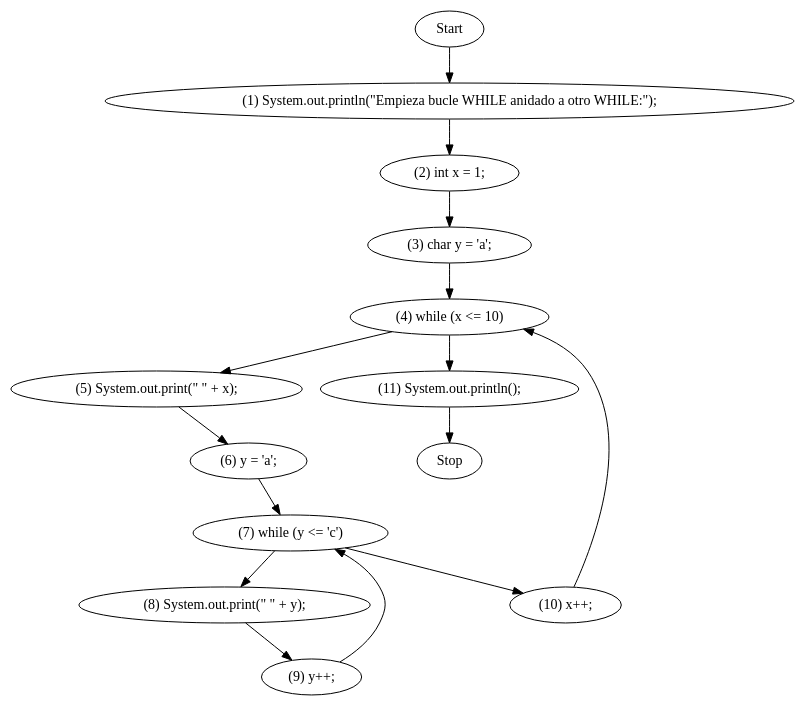
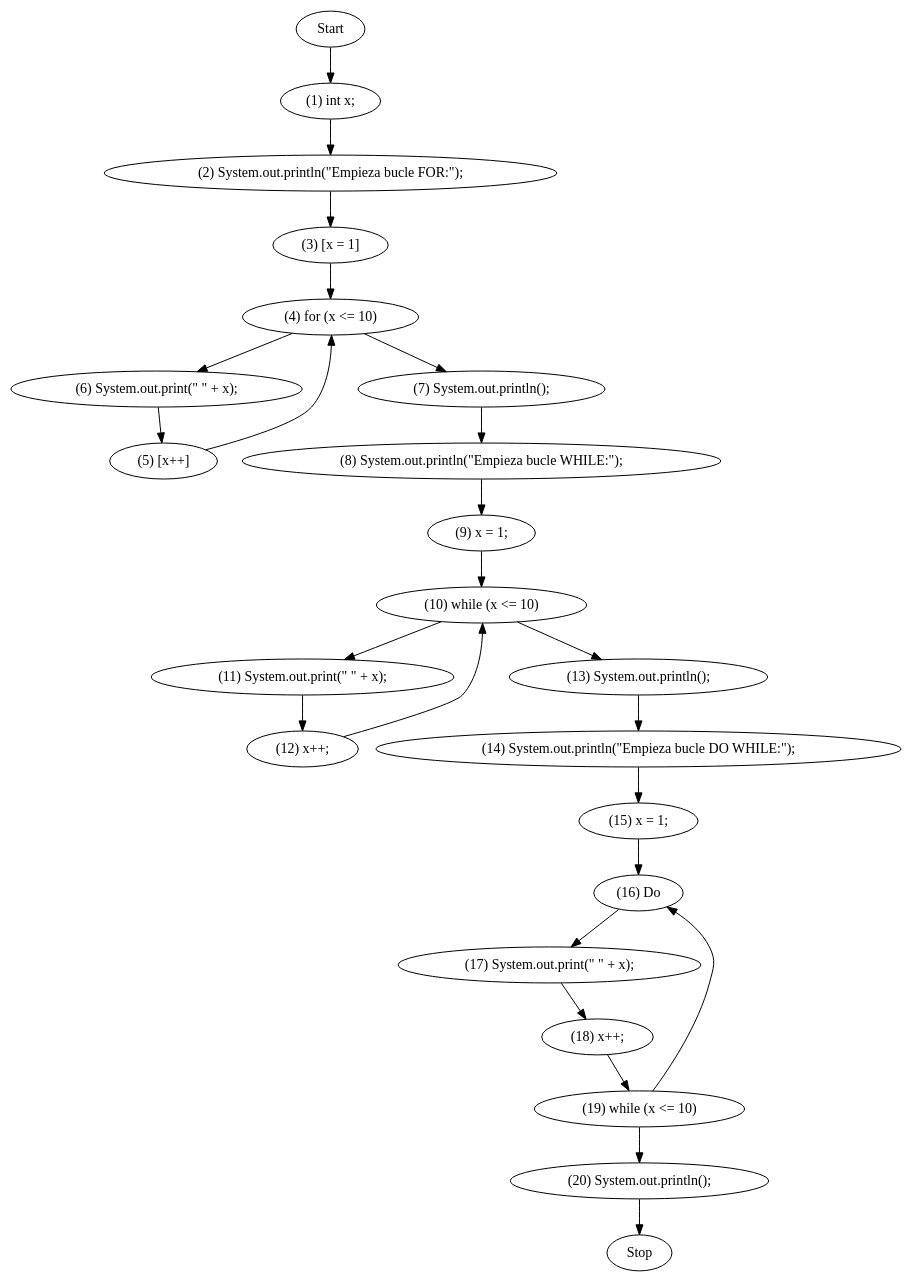
The diagram in dotsource.dot (darshok/ltd_project_2), drawn with Graphviz before and after one commit. The commit also changed 17 other files, not shown here.

```diff
--- a/dotsource.dot
+++ b/dotsource.dot
@@ -1,2 +1,2 @@
 digraph G {
-Start->"(1) System.out.println(\"Empieza bucle WHILE anidado a otro WHILE:\");";"(1) System.out.println(\"Empieza bucle WHILE anidado a otro WHILE:\");"->"(2) int x = 1;";"(2) int x = 1;"->"(3) char y = 'a';";"(3) char y = 'a';"->"(4) while (x <= 10)";"(4) while (x <= 10)"->"(5) System.out.print(\" \" + x);";"(5) System.out.print(\" \" + x);"->"(6) y = 'a';";"(6) y = 'a';"->"(7) while (y <= 'c')";"(7) while (y <= 'c')"->"(8) System.out.print(\" \" + y);";"(8) System.out.print(\" \" + y);"->"(9) y++;";"(9) y++;"->"(7) while (y <= 'c')";"(7) while (y <= 'c')"->"(10) x++;";"(10) x++;"->"(4) while (x <= 10)";"(4) while (x <= 10)"->"(11) System.out.println();";"(11) System.out.println();"-> Stop;}
+Start->"(1) int x;";"(1) int x;"->"(2) System.out.println(\"Empieza bucle FOR:\");";"(2) System.out.println(\"Empieza bucle FOR:\");"->"(3) [x = 1]";"(3) [x = 1]"->"(4) for (x <= 10)";"(4) for (x <= 10)"->"(6) System.out.print(\" \" + x);";"(6) System.out.print(\" \" + x);"->"(5) [x++]";"(5) [x++]"->"(4) for (x <= 10)";"(4) for (x <= 10)"->"(7) System.out.println();";"(7) System.out.println();"->"(8) System.out.println(\"Empieza bucle WHILE:\");";"(8) System.out.println(\"Empieza bucle WHILE:\");"->"(9) x = 1;";"(9) x = 1;"->"(10) while (x <= 10)";"(10) while (x <= 10)"->"(11) System.out.print(\" \" + x);";"(11) System.out.print(\" \" + x);"->"(12) x++;";"(12) x++;"->"(10) while (x <= 10)";"(10) while (x <= 10)"->"(13) System.out.println();";"(13) System.out.println();"->"(14) System.out.println(\"Empieza bucle DO WHILE:\");";"(14) System.out.println(\"Empieza bucle DO WHILE:\");"->"(15) x = 1;";"(15) x = 1;"->"(16) Do";"(16) Do"->"(17) System.out.print(\" \" + x);";"(17) System.out.print(\" \" + x);"->"(18) x++;";"(19) while (x <= 10)"->"(16) Do";"(18) x++;"->"(19) while (x <= 10)";"(19) while (x <= 10)"->"(20) System.out.println();";"(20) System.out.println();"-> Stop;}
```
